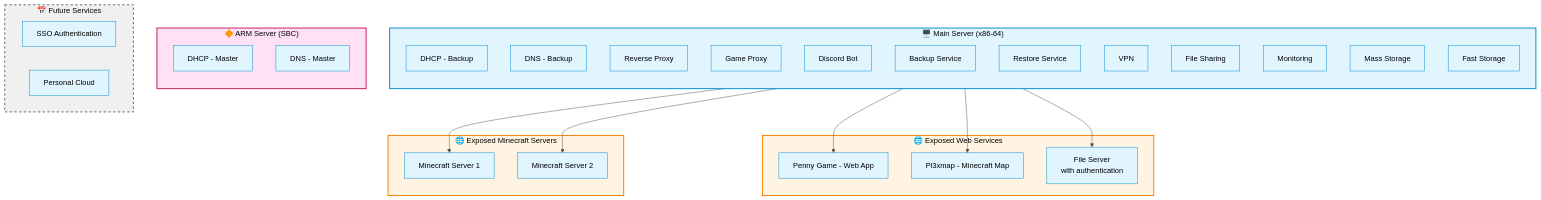
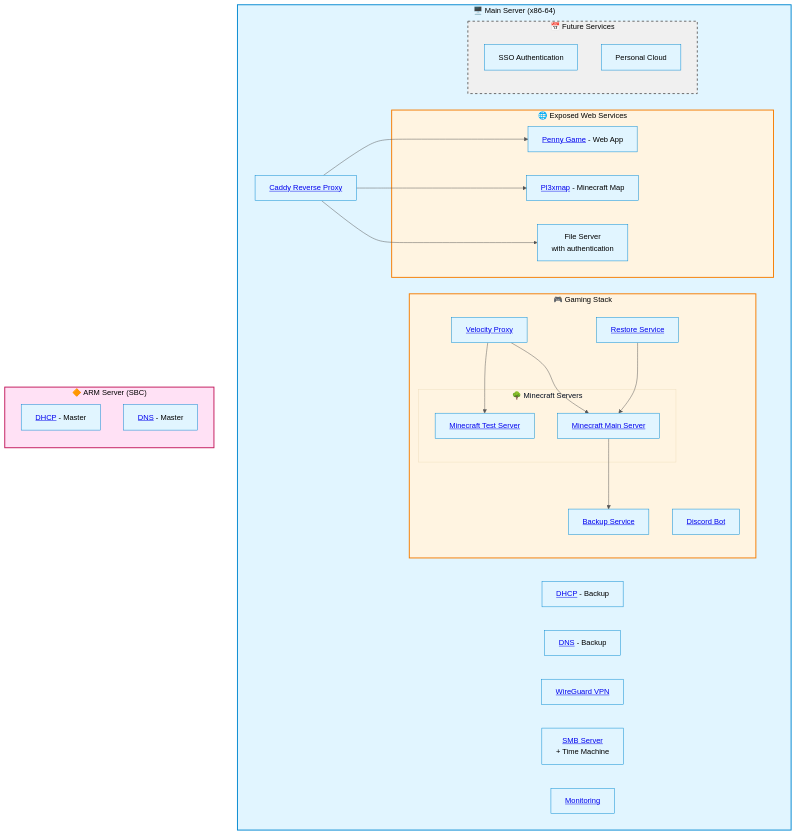
The second of 4 diagrams in README.md (VVHome/homelab-infrastructure), drawn with Mermaid before and after one commit. The commit also changed other lines of this file, not shown here.

Commit message:
Refactor service diagrams in README to improve clarity and organization of gaming and web services

````diff
--- a/README.md
+++ b/README.md
@@ -44,54 +44,58 @@
 ```mermaid
 %%{init: {'theme':'base', 'themeVariables': { 'primaryColor':'#e1f5ff','primaryTextColor':'#000','primaryBorderColor':'#0288d1','lineColor':'#555','secondaryColor':'#ffe1f5','tertiaryColor':'#fff4e1','noteTextColor':'#000'}}}%%
-graph TB
+graph 
     subgraph Server1["🖥️ Main Server (x86-64)"]
-        direction TB
-        D1[DHCP - Backup]
-        D2[DNS - Backup]
-        D3[Reverse Proxy]
-        D4[Game Proxy]
-        D5[Discord Bot]
-        D6[Backup Service]
-        D7[Restore Service]
-        D8[VPN]
-        D9[File Sharing]
-        D10[Monitoring]
-        D11[Mass Storage]
-        D12[Fast Storage]
+        direction LR
+        D1[<a href="https://gitlab.isc.org/isc-projects/kea">DHCP</a> - Backup]
+        D2[<a href="https://github.com/AdguardTeam/AdGuardHome">DNS</a> - Backup]
+        D3[<a href="https://github.com/caddyserver/caddy">Caddy Reverse Proxy</a>]
+        D8[<a href="https://github.com/wg-easy/wg-easy">WireGuard VPN</a>]
+        D9[<a href="https://gitlab.com/samba-team/samba">SMB Server</a><br/>+ Time Machine]
+        D10[<a href="https://github.com/louislam/uptime-kuma">Monitoring</a>]
+
+        subgraph MC_Stack["🎮 Gaming Stack"]
+            D4[<a href="https://github.com/papermc/velocity">Velocity Proxy</a>]
+            D5[<a href="https://github.com/Vianpyro/OxideVault">Discord Bot</a>]
+            D6[<a href="https://github.com/itzg/docker-mc-backup">Backup Service</a>]
+            D7[<a href="https://github.com/itzg/docker-mc-backup">Restore Service</a>]
+
+            subgraph Services2["🌳 Minecraft Servers"]
+                M1[<a href="https://github.com/itzg/docker-minecraft-server">Minecraft Test Server</a>]
+                M2[<a href="https://github.com/itzg/docker-minecraft-server">Minecraft Main Server</a>]
+            end
+        end
+
+        subgraph Services1["🌐 Exposed Web Services"]
+            W1[<a href="https://github.com/Vianpyro/Penny-Game">Penny Game</a> - Web App]
+            W2[<a href="https://github.com/granny/Pl3xMap">Pl3xmap</a> - Minecraft Map]
+            W3[File Server<br/>with authentication]
+        end
+        
+        subgraph Future["📅 Future Services"]
+            F1[SSO Authentication]
+            F2[Personal Cloud]
+        end
     end
     
     subgraph Server2["🔶 ARM Server (SBC)"]
         direction TB
-        O1[DHCP - Master]
-        O2[DNS - Master]
-    end
-    
-    subgraph Services1["🌐 Exposed Web Services"]
-        W1[Penny Game - Web App]
-        W2[Pl3xmap - Minecraft Map]
-        W3[File Server<br/>with authentication]
-    end
-    
-    subgraph Services2["🌐 Exposed Minecraft Servers"]
-        M1[Minecraft Server 1]
-        M2[Minecraft Server 2]
-    end
-    
-    subgraph Future["📅 Future Services"]
-        F1[SSO Authentication]
-        F2[Personal Cloud]
+        O1[<a href="https://gitlab.isc.org/isc-projects/kea">DHCP</a> - Master]
+        O2[<a href="https://github.com/AdguardTeam/AdGuardHome">DNS</a> - Master]
     end
     
     D3 --> W1
     D3 --> W2
     D3 --> W3
 
     D4 --> M1
     D4 --> M2
     
+    M2 --> D6
+    D7 --> M2
+
     style Server1 fill:#e1f5ff,stroke:#0288d1,stroke-width:2px,color:#000
     style Server2 fill:#ffe1f5,stroke:#c2185b,stroke-width:2px,color:#000
     style Services1 fill:#fff4e1,stroke:#f57c00,stroke-width:2px,color:#000
-    style Services2 fill:#fff4e1,stroke:#f57c00,stroke-width:2px,color:#000
+    style MC_Stack fill:#fff4e1,stroke:#f57c00,stroke-width:2px,color:#000
     style Future fill:#f0f0f0,stroke:#666,stroke-width:2px,stroke-dasharray: 5 5,color:#000
 ```
````
